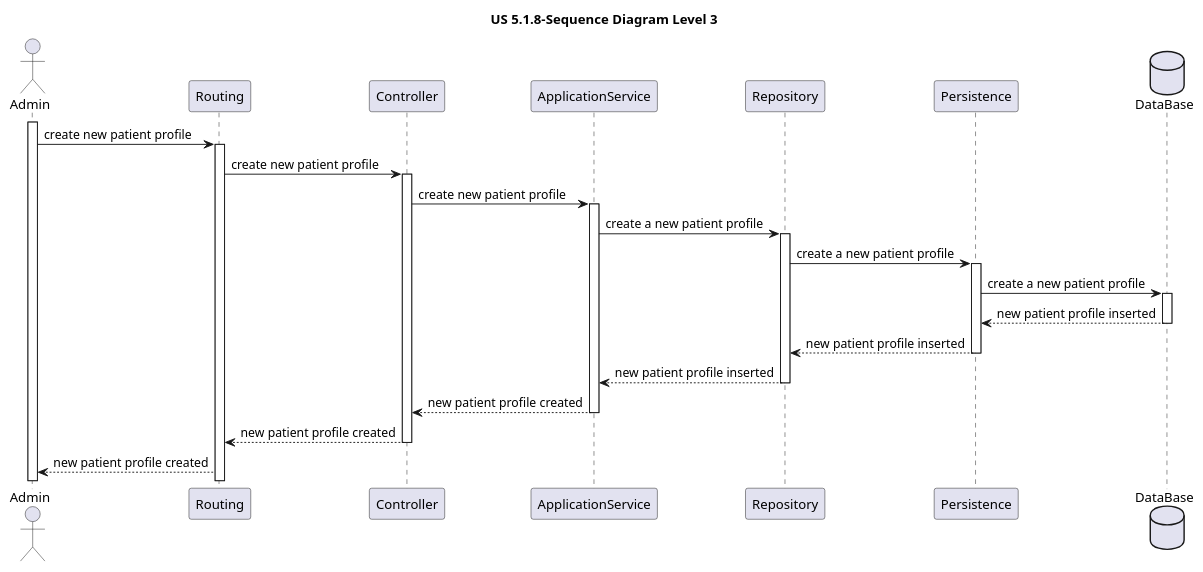
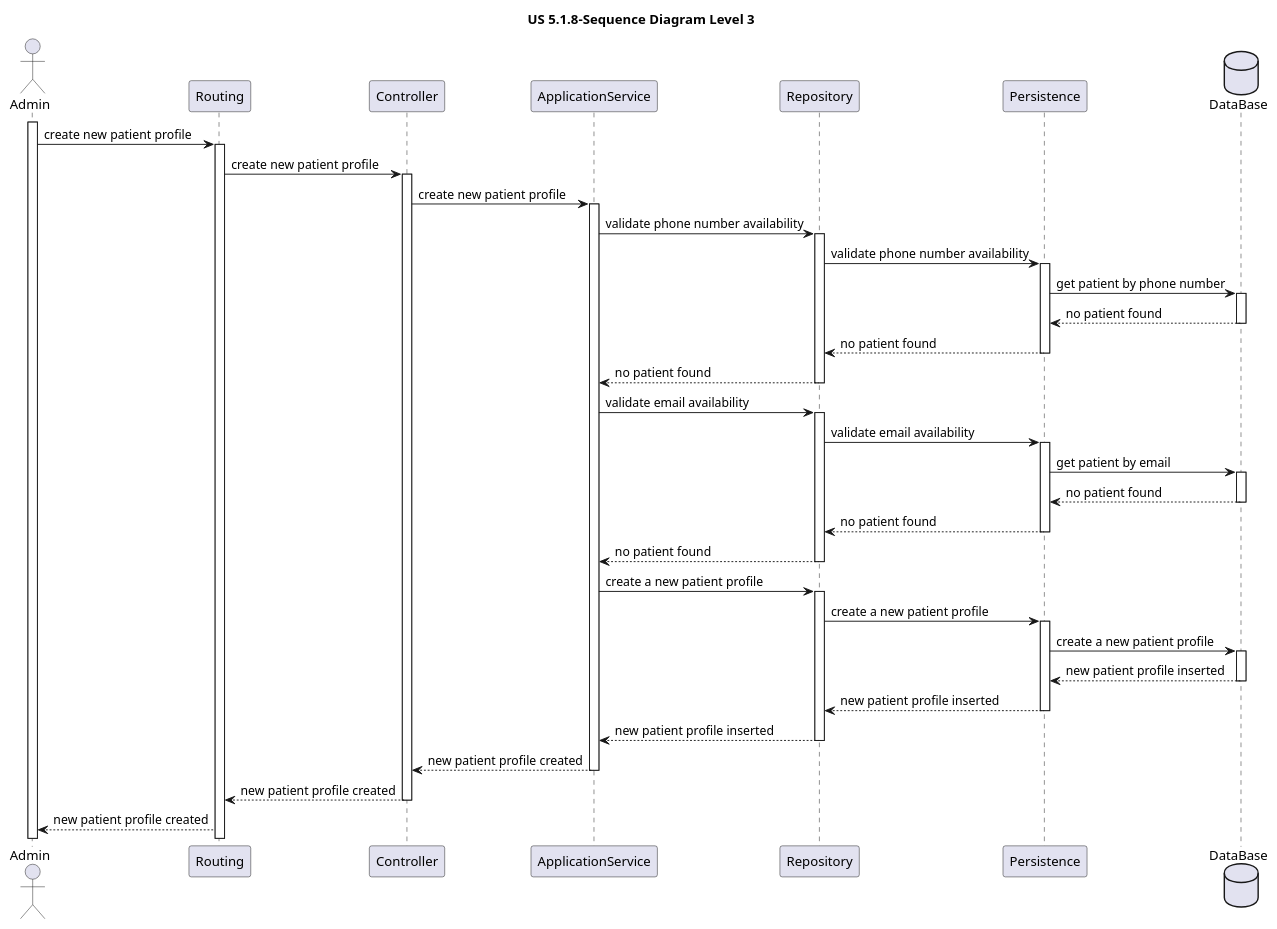
Before and after one commit to MateusCabral2004/sem5pi: the diagram in docs/Sprint 1/US 5.1.8/Sequence Diagrams/Level3/SD_Level3.puml, drawn with PlantUML. The commit also changed 4 other files, not shown here.

```diff
--- a/docs/Sprint 1/US 5.1.8/Sequence Diagrams/Level3/SD_Level3.puml
+++ b/docs/Sprint 1/US 5.1.8/Sequence Diagrams/Level3/SD_Level3.puml
@@ -1,55 +1,92 @@
 @startuml
 
 title US 5.1.8-Sequence Diagram Level 3
 
 actor Admin
 participant Routing
 participant Routing
 participant Controller
 participant ApplicationService
 participant Repository
 participant Persistence
 database DataBase
 
 activate Admin
 
 Admin -> Routing: create new patient profile
 
 activate Routing
 
 Routing -> Controller: create new patient profile
 
 activate Controller
 
 Controller -> ApplicationService: create new patient profile
 activate ApplicationService
+
+ApplicationService -> Repository: validate phone number availability
+activate Repository
+
+Repository -> Persistence: validate phone number availability
+activate Persistence
+
+Persistence -> DataBase: get patient by phone number
+activate DataBase
+
+DataBase --> Persistence: no patient found
+deactivate DataBase
+
+Persistence --> Repository: no patient found
+deactivate Persistence
+
+Repository --> ApplicationService: no patient found
+deactivate Repository
+
+
+ApplicationService -> Repository: validate email availability
+activate Repository
+
+Repository -> Persistence: validate email availability
+activate Persistence
+
+Persistence -> DataBase: get patient by email
+activate DataBase
+
+DataBase --> Persistence: no patient found
+deactivate DataBase
+
+Persistence --> Repository: no patient found
+deactivate Persistence
+
+Repository --> ApplicationService: no patient found
+deactivate Repository
 
 ApplicationService -> Repository: create a new patient profile
 activate Repository
 
 Repository -> Persistence:create a new patient profile
 activate Persistence
 
 Persistence -> DataBase:create a new patient profile
 activate DataBase
 
 DataBase --> Persistence:new patient profile inserted
 deactivate DataBase
 
 Persistence --> Repository:new patient profile inserted
 deactivate Persistence
 
 Repository --> ApplicationService: new patient profile inserted
 deactivate Repository
 
 ApplicationService --> Controller: new patient profile created
 
 deactivate ApplicationService
 
 Controller --> Routing: new patient profile created
 
 deactivate Controller
 
 Routing --> Admin: new patient profile created
 
 @enduml
```
